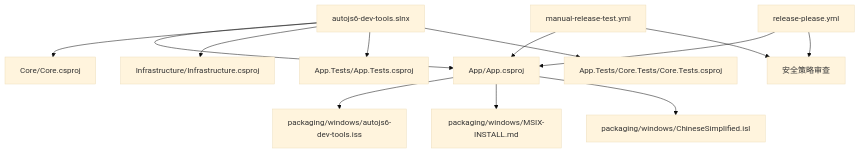
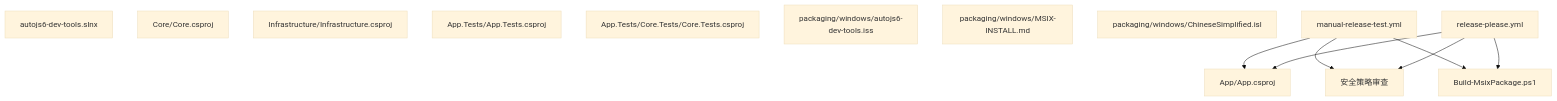
The seventh of 7 diagrams in .qoder/repowiki/zh/content/贡献指南/代码贡献规范/开发流程与代码审查/持续集成与部署.md (terwer/autojs6-dev-tools), drawn with Mermaid (base theme) before and after one commit. The commit also changed other lines of this file and 3 other files, not shown here.

First line of the commit message:
docs(release): disable MSIX packaging by default and add MSIX installation guide

````diff
--- a/.qoder/repowiki/zh/content/贡献指南/代码贡献规范/开发流程与代码审查/持续集成与部署.md
+++ b/.qoder/repowiki/zh/content/贡献指南/代码贡献规范/开发流程与代码审查/持续集成与部署.md
@@ -324,27 +331,22 @@
 ```mermaid
 graph TB
 SLN["autojs6-dev-tools.slnx"]
 APP["App/App.csproj"]
 CORE["Core/Core.csproj"]
 INFRA["Infrastructure/Infrastructure.csproj"]
 TEST_APP["App.Tests/App.Tests.csproj"]
 TEST_CORE["App.Tests/Core.Tests/Core.Tests.csproj"]
 ISS["packaging/windows/autojs6-dev-tools.iss"]
 MSIX["packaging/windows/MSIX-INSTALL.md"]
 ISL["packaging/windows/ChineseSimplified.isl"]
 MANUAL["manual-release-test.yml"]
 RELEASE["release-please.yml"]
 SEC["安全策略审查"]
-SLN --> APP
-SLN --> CORE
-SLN --> INFRA
-SLN --> TEST_APP
-SLN --> TEST_CORE
-APP --> ISS
-APP --> MSIX
-APP --> ISL
+MSIX_SCRIPT["Build-MsixPackage.ps1"]
 MANUAL --> APP
 RELEASE --> APP
 MANUAL --> SEC
 RELEASE --> SEC
+MANUAL --> MSIX_SCRIPT
+RELEASE --> MSIX_SCRIPT
 ```
````
